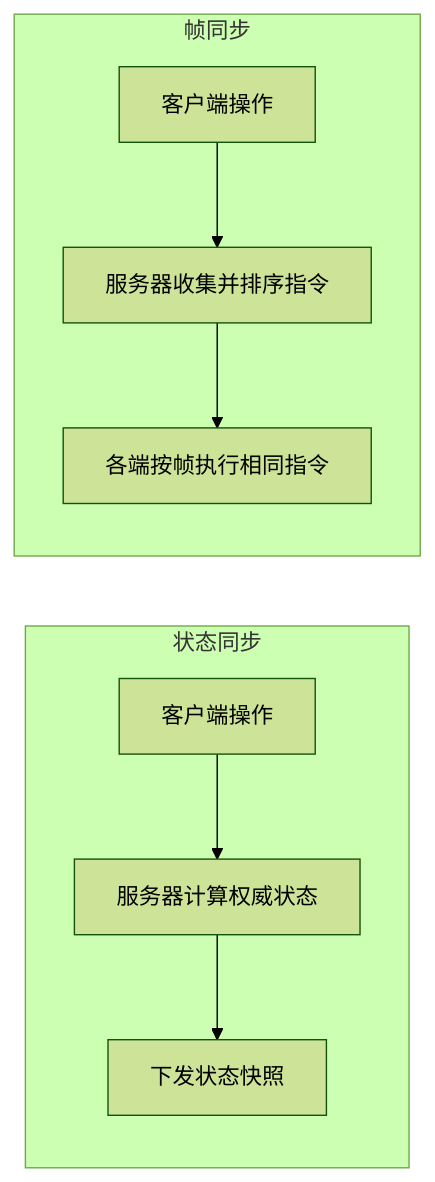
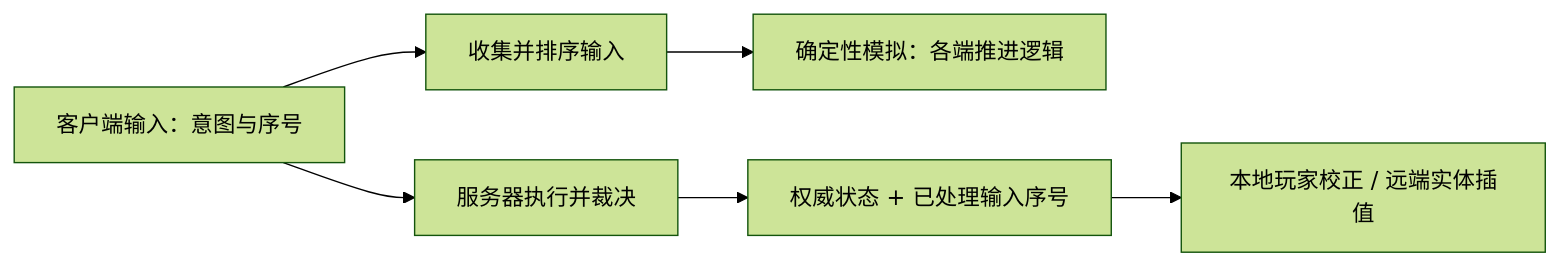
One commit to gonglei007/GameDevMind changed the first of 2 diagrams in mds/3.研发能力/3.2.2.网游网络同步.md. Above: the diagram before and after it, drawn with Mermaid (forest theme). The commit also changed other lines of this file and 9 other files, not shown here.

````diff
--- a/mds/3.研发能力/3.2.2.网游网络同步.md
+++ b/mds/3.研发能力/3.2.2.网游网络同步.md
@@ -35,9 +36,8 @@
 ```mermaid
 flowchart LR
-    subgraph StateSync["状态同步"]
-        C1["客户端操作"] --> S1["服务器计算权威状态"] --> C2["下发状态快照"]
-    end
-    subgraph Lockstep["帧同步"]
-        C3["客户端操作"] --> S2["服务器收集并排序指令"] --> C4["各端按帧执行相同指令"]
-    end
+    I["客户端输入：意图与序号"] --> O["收集并排序输入"]
+    O --> L["确定性模拟：各端推进逻辑"]
+    I --> S["服务器执行并裁决"]
+    S --> N["权威状态 + 已处理输入序号"]
+    N --> C["本地玩家校正 / 远端实体插值"]
 ```
````
